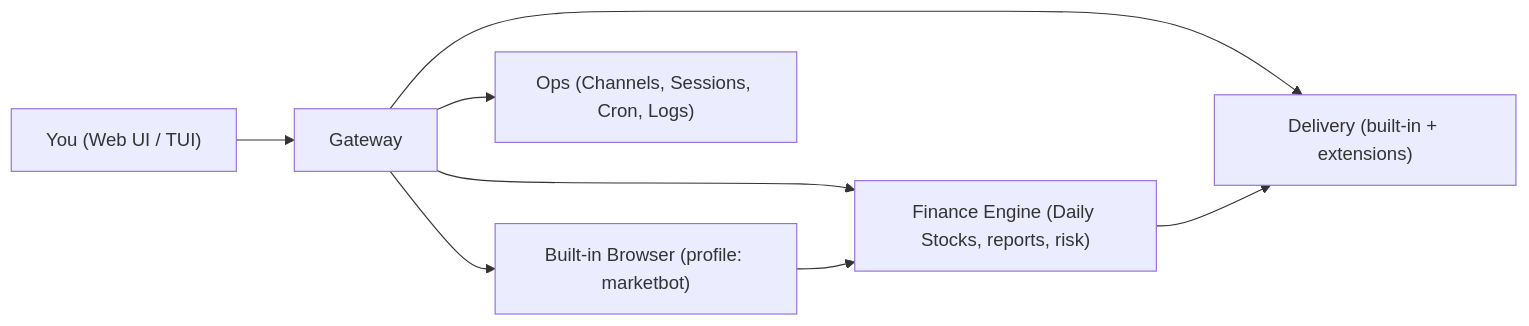
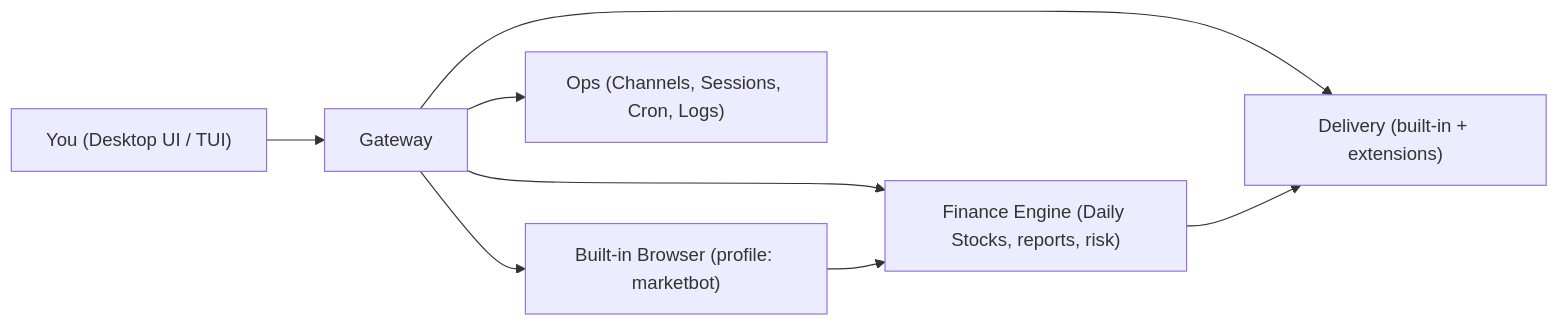
The diagram in README.md (EthanAlgoX/MarketBot), drawn with Mermaid before and after one commit. The commit also changed other lines of this file and 3 other files, not shown here.

````diff
--- a/README.md
+++ b/README.md
@@ -43,10 +43,10 @@
 ```mermaid
 flowchart LR
-  U["You (Web UI / TUI)"] --> G["Gateway"]
+  U["You (Desktop UI / TUI)"] --> G["Gateway"]
   G --> B["Built-in Browser (profile: marketbot)"]
   G --> F["Finance Engine (Daily Stocks, reports, risk)"]
   G --> O["Ops (Channels, Sessions, Cron, Logs)"]
   G --> D["Delivery (built-in + extensions)"]
   B --> F
   F --> D
 ```
````
